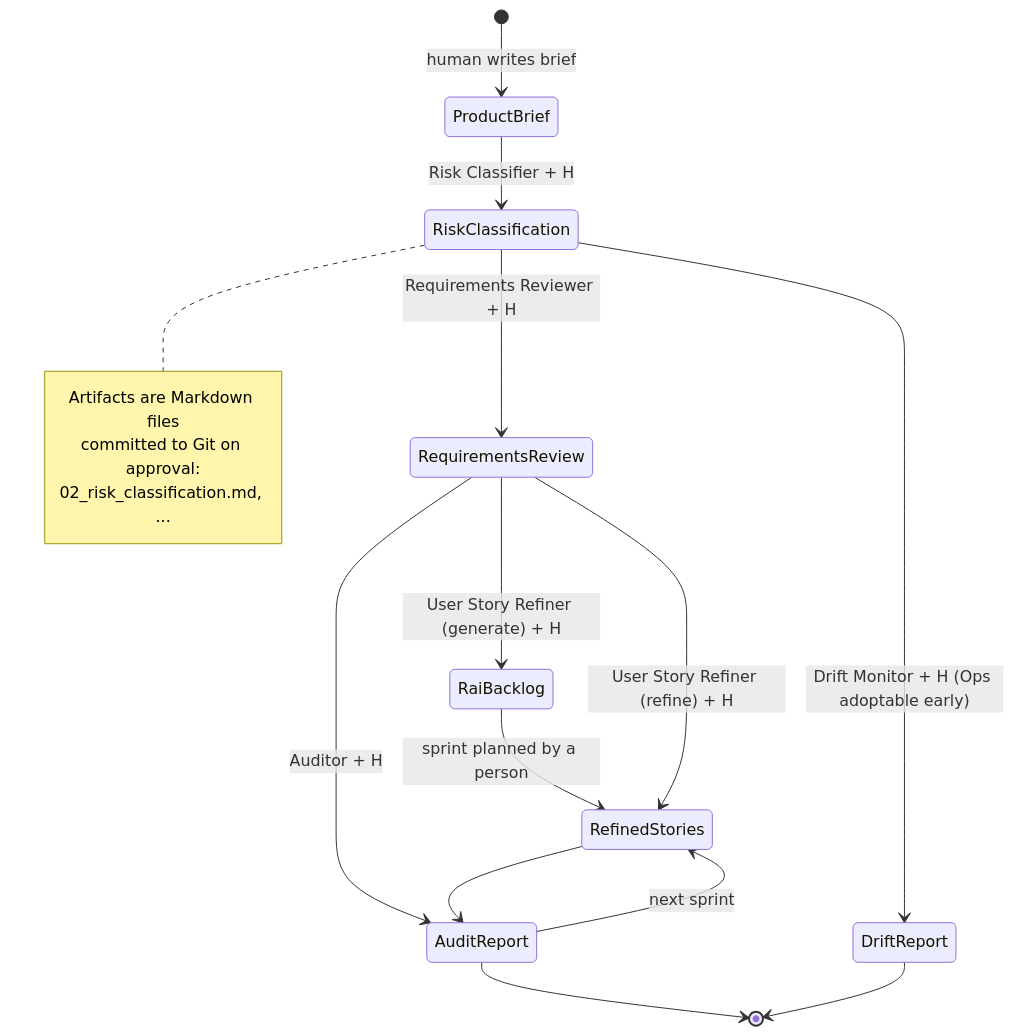
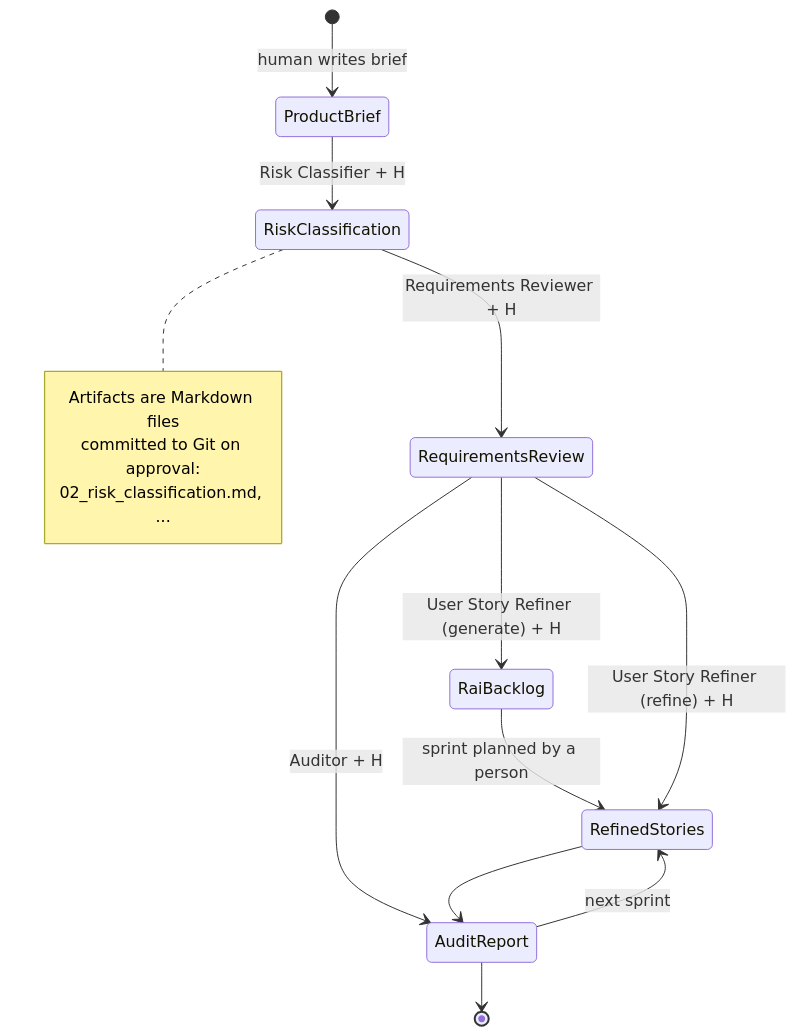
Before and after one commit to DiogoCampanha/raia: the tenth of 10 diagrams in docs/architecture.md, drawn with Mermaid. The commit also changed other lines of this file and 42 other files, not shown here.

````diff
--- a/docs/architecture.md
+++ b/docs/architecture.md
@@ -392,21 +390,19 @@
 ```mermaid
 stateDiagram-v2
     [*] --> ProductBrief : human writes brief
     ProductBrief --> RiskClassification : Risk Classifier + H
     RiskClassification --> RequirementsReview : Requirements Reviewer + H
     RequirementsReview --> RaiBacklog : User Story Refiner (generate) + H
     RaiBacklog --> RefinedStories : sprint planned by a person
     RequirementsReview --> RefinedStories : User Story Refiner (refine) + H
     RequirementsReview --> AuditReport : Auditor + H
     AuditReport --> RefinedStories : next sprint
-    RiskClassification --> DriftReport : Drift Monitor + H (Ops adoptable early)
     RefinedStories --> AuditReport
     AuditReport --> [*]
-    DriftReport --> [*]
 
     note right of RiskClassification
         Artifacts are Markdown files
         committed to Git on approval:
         02_risk_classification.md, ...
     end note
 ```
````
